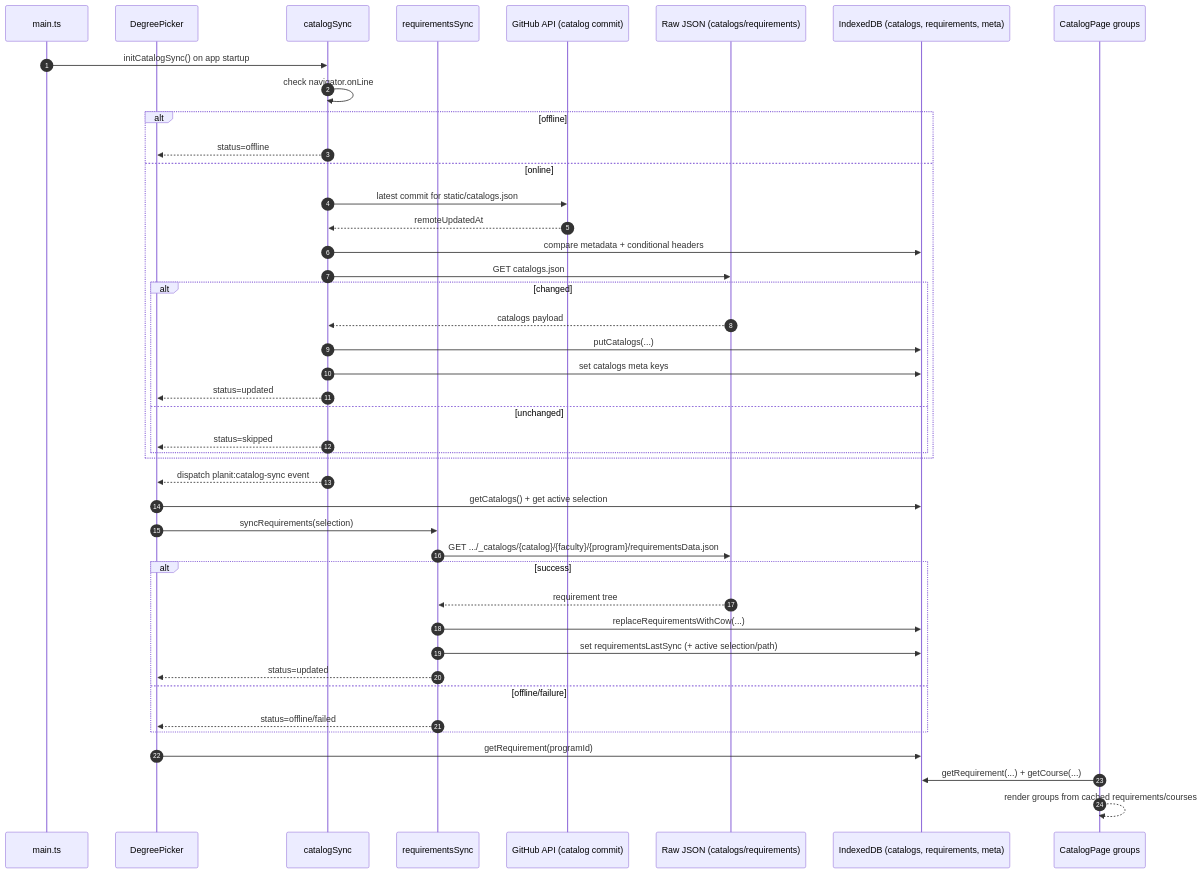
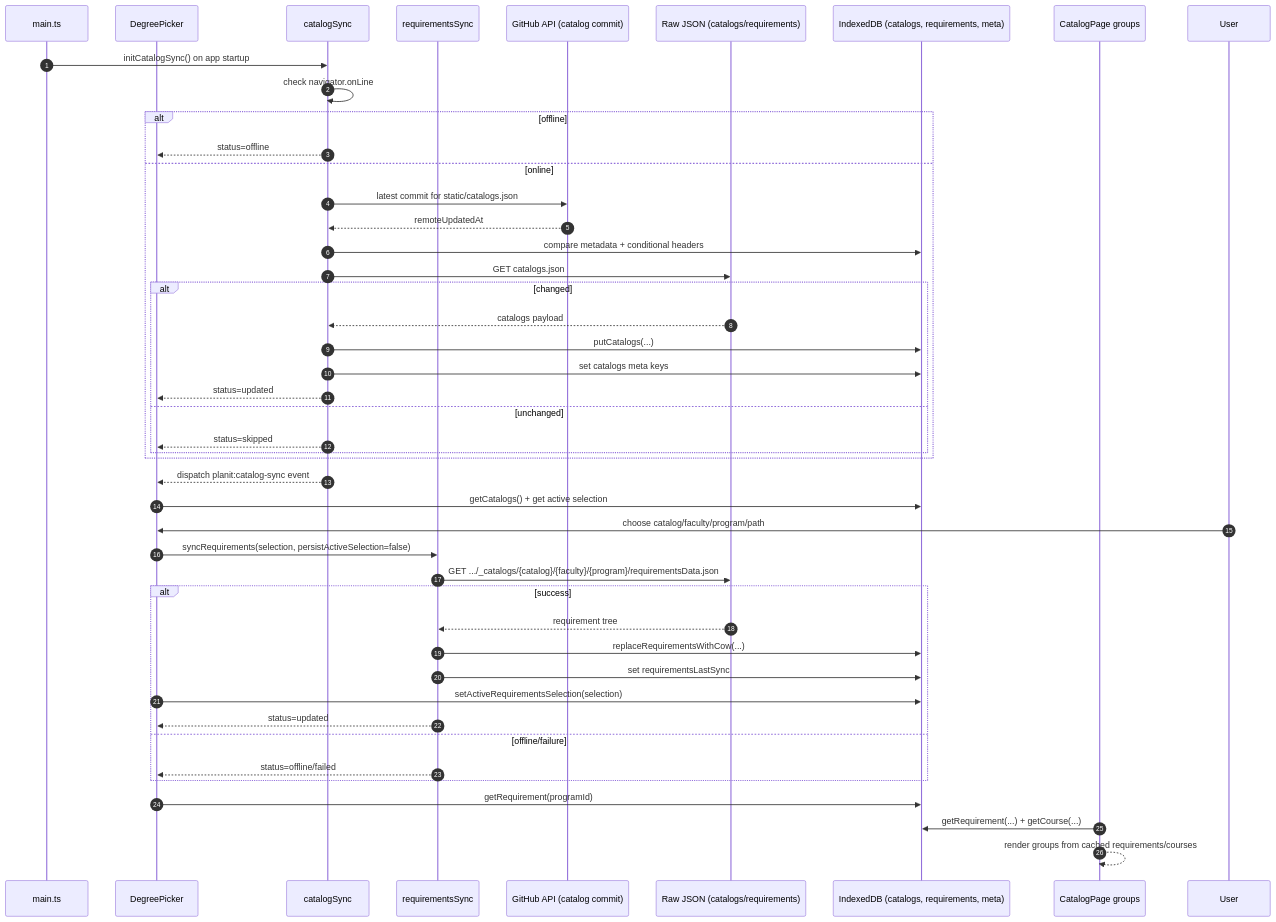
Before and after one commit to selfint/planit: the second of 4 diagrams in DATA_HANDLING.md, drawn with Mermaid. The commit also changed other lines of this file and 1 other file, not shown here.

````diff
--- a/DATA_HANDLING.md
+++ b/DATA_HANDLING.md
@@ -71,48 +71,50 @@
 ```mermaid
 sequenceDiagram
     autonumber
     participant App as main.ts
     participant Picker as DegreePicker
     participant CatSync as catalogSync
     participant ReqSync as requirementsSync
     participant GH as GitHub API (catalog commit)
     participant RAW as Raw JSON (catalogs/requirements)
     participant IDB as IndexedDB (catalogs, requirements, meta)
     participant CatalogPage as CatalogPage groups
 
     App->>CatSync: initCatalogSync() on app startup
     CatSync->>CatSync: check navigator.onLine
     alt offline
         CatSync-->>Picker: status=offline
     else online
         CatSync->>GH: latest commit for static/catalogs.json
         GH-->>CatSync: remoteUpdatedAt
         CatSync->>IDB: compare metadata + conditional headers
         CatSync->>RAW: GET catalogs.json
         alt changed
             RAW-->>CatSync: catalogs payload
             CatSync->>IDB: putCatalogs(...)
             CatSync->>IDB: set catalogs meta keys
             CatSync-->>Picker: status=updated
         else unchanged
             CatSync-->>Picker: status=skipped
         end
     end
 
     CatSync-->>Picker: dispatch planit:catalog-sync event
     Picker->>IDB: getCatalogs() + get active selection
-    Picker->>ReqSync: syncRequirements(selection)
+    User->>Picker: choose catalog/faculty/program/path
+    Picker->>ReqSync: syncRequirements(selection, persistActiveSelection=false)
     ReqSync->>RAW: GET .../_catalogs/{catalog}/{faculty}/{program}/requirementsData.json
     alt success
         RAW-->>ReqSync: requirement tree
         ReqSync->>IDB: replaceRequirementsWithCow(...)
-        ReqSync->>IDB: set requirementsLastSync (+ active selection/path)
+        ReqSync->>IDB: set requirementsLastSync
+        Picker->>IDB: setActiveRequirementsSelection(selection)
         ReqSync-->>Picker: status=updated
     else offline/failure
         ReqSync-->>Picker: status=offline/failed
     end
 
     Picker->>IDB: getRequirement(programId)
     CatalogPage->>IDB: getRequirement(...) + getCourse(...)
     CatalogPage-->>CatalogPage: render groups from cached requirements/courses
 ```
````
